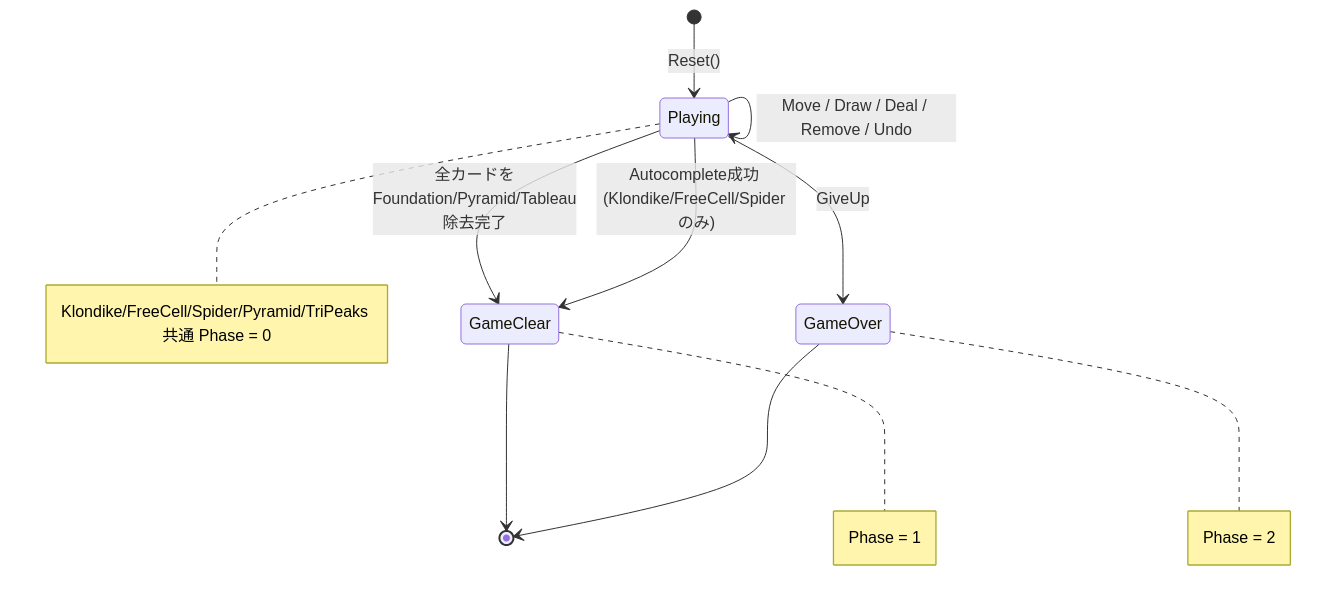
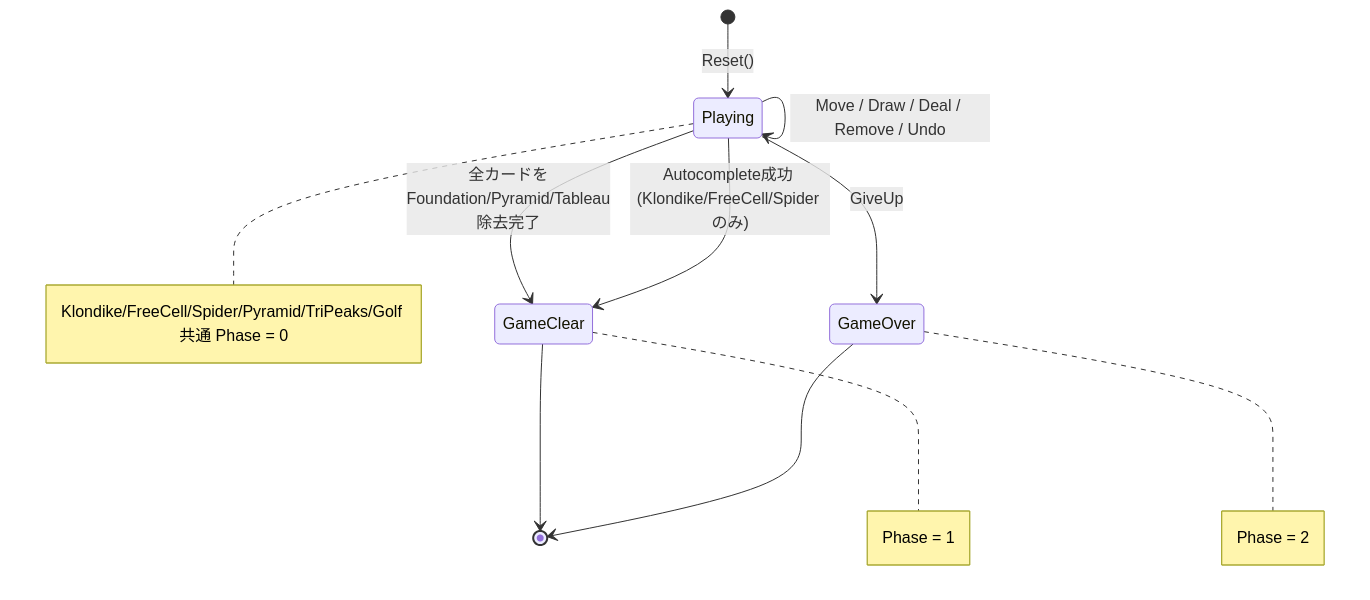
Diagram 29 of 45 in docs/design/backend.md (yuta-yoshinaga/go_trumpcards), drawn with Mermaid before and after one commit. The commit also changed other lines of this file and 2 other files, not shown here.

````diff
--- a/docs/design/backend.md
+++ b/docs/design/backend.md
@@ -1588,14 +1588,14 @@
 ```mermaid
 stateDiagram-v2
     [*] --> Playing : Reset()
     Playing --> Playing : Move / Draw / Deal / Remove / Undo
     Playing --> GameClear : 全カードをFoundation/Pyramid/Tableau除去完了
     Playing --> GameClear : Autocomplete成功 (Klondike/FreeCell/Spider のみ)
     Playing --> GameOver : GiveUp
     GameClear --> [*]
     GameOver --> [*]
 
-    note right of Playing : Klondike/FreeCell/Spider/Pyramid/TriPeaks 共通 Phase = 0
+    note right of Playing : Klondike/FreeCell/Spider/Pyramid/TriPeaks/Golf 共通 Phase = 0
     note right of GameClear : Phase = 1
     note right of GameOver : Phase = 2
 ```
````
